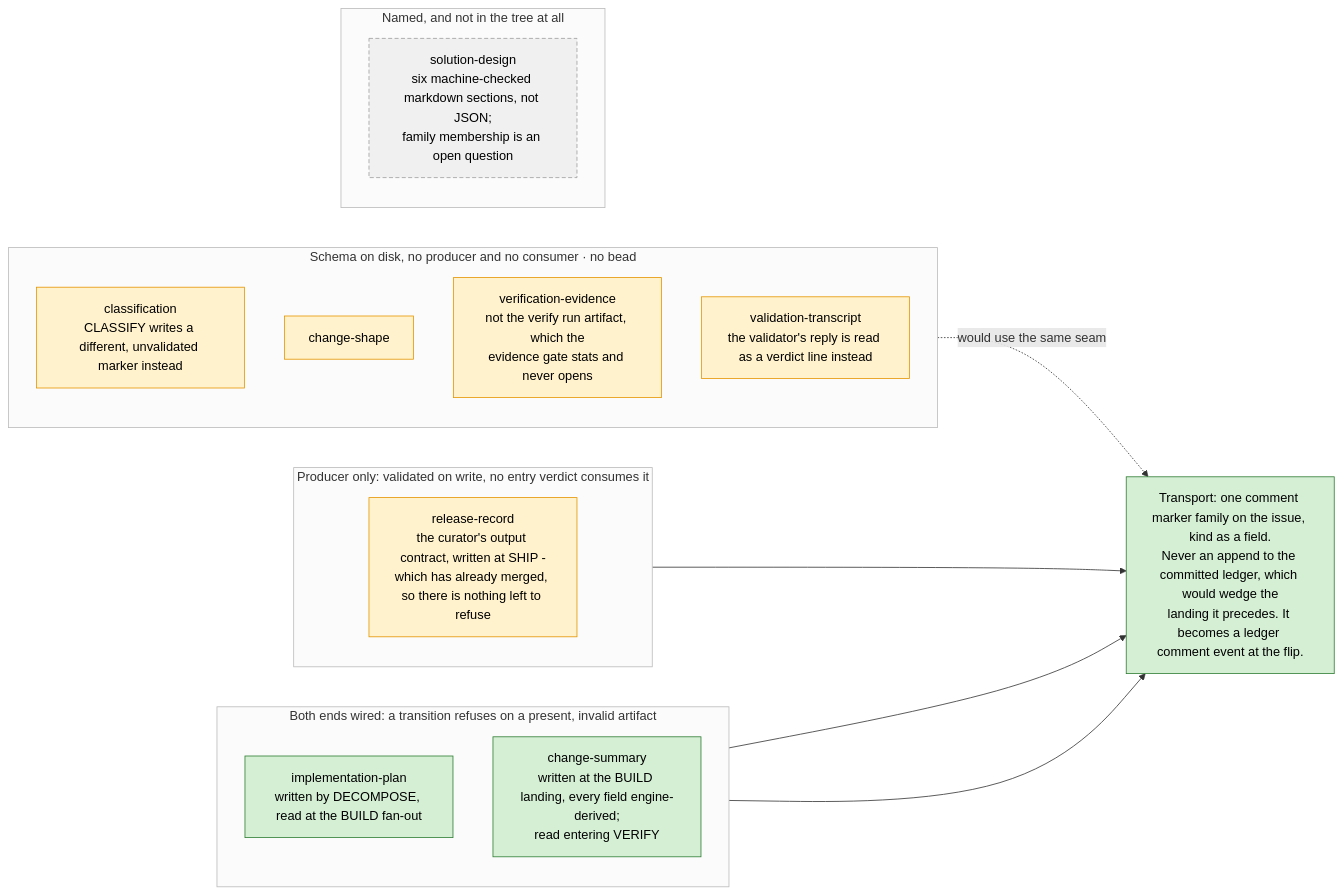
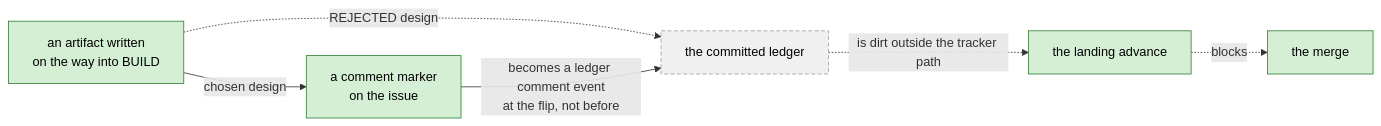
One commit to niksavis/basicly changed the tenth of 11 diagrams in docs/architecture/architecture.md. Above: the diagram before and after it, drawn with Mermaid. The commit also changed other lines of this file and 10 other files, not shown here.

````diff
--- a/docs/architecture/architecture.md
+++ b/docs/architecture/architecture.md
@@ -1730,42 +2258,19 @@
 ```mermaid
 flowchart LR
-  subgraph wired["Both ends wired: a transition refuses on a present, invalid artifact"]
-    direction TB
-    a1["implementation-plan<br/>written by DECOMPOSE, read at the BUILD fan-out"]
-    a2["change-summary<br/>written at the BUILD landing, every field engine-derived;<br/>read entering VERIFY"]
-  end
+  art["an artifact written<br/>on the way into BUILD"]
+  led["the committed ledger"]
+  sweep["the landing advance"]
+  merge["the merge"]
+  mark["a comment marker<br/>on the issue"]
 
-  subgraph prod["Producer only: validated on write, no entry verdict consumes it"]
-    direction TB
-    a7["release-record<br/>the curator's output contract, written at SHIP -<br/>which has already merged, so there is nothing left to refuse"]
-  end
-
-  subgraph paper["Schema on disk, no producer and no consumer · no bead"]
-    direction TB
-    a3["classification<br/>CLASSIFY writes a different, unvalidated marker instead"]
-    a4["change-shape"]
-    a5["verification-evidence<br/>not the verify run artifact, which the<br/>evidence gate stats and never opens"]
-    a6["validation-transcript<br/>the validator's reply is read as a verdict line instead"]
-  end
-
-  subgraph none["Named, and not in the tree at all"]
-    direction TB
-    a8["solution-design<br/>six machine-checked markdown sections, not JSON;<br/>family membership is an open question"]
-  end
-
-  transport["Transport: one comment marker family on the issue, kind as a field.<br/>Never an append to the committed ledger, which would wedge the<br/>landing it precedes. It becomes a ledger comment event at the flip."]
-
-  a1 --> transport
-  a2 --> transport
-  a7 --> transport
-  paper -.->|"would use the same seam"| transport
+  art -.->|"REJECTED design"| led
+  led -.->|"is dirt outside the tracker path"| sweep
+  sweep -.->|"blocks"| merge
+  art -->|"chosen design"| mark
+  mark -->|"becomes a ledger comment event<br/>at the flip, not before"| led
 
   classDef built fill:#d5efd5,stroke:#2e7d32,color:#000
-  classDef partial fill:#fff2cc,stroke:#e69500,color:#000
   classDef designed fill:#f0f0f0,stroke:#9e9e9e,color:#000,stroke-dasharray:5 3
-  classDef plane fill:#fbfbfb,stroke:#bbbbbb,color:#333
-  class a1,a2,transport built
-  class a3,a4,a5,a6,a7 partial
-  class a8 designed
-  class wired,paper,none,prod plane
+  class art,mark,sweep,merge built
+  class led designed
 ```
````
